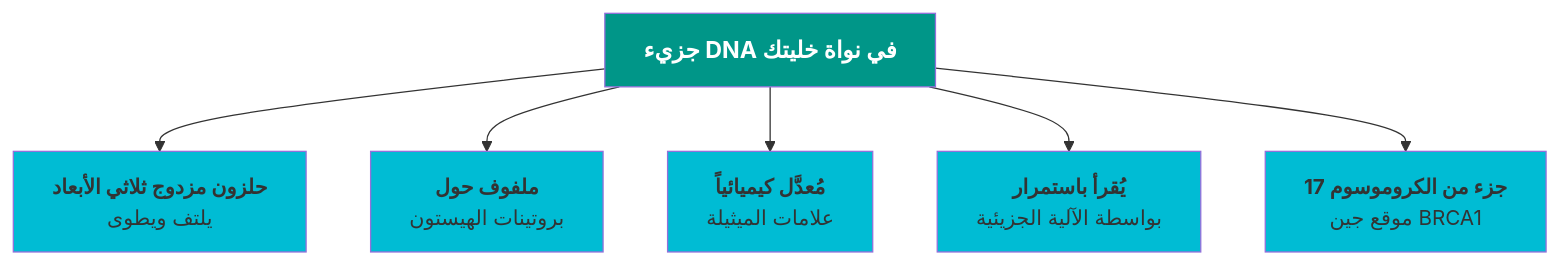
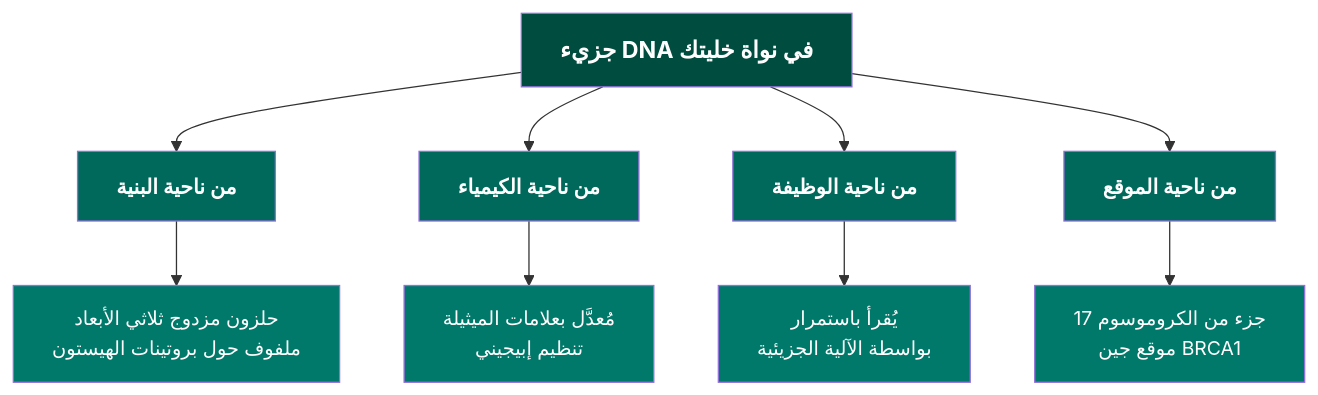
One commit to alarawms/site changed the first of 3 diagrams in docs/courses/foundation-of-bioinformatics/module-1.md. Above: the diagram before and after it, drawn with Mermaid. The commit also changed other lines of this file, not shown here.

Commit message:
Module 1: Redesign physical reality diagram and use dark colors
- Reorganized DNA characteristics into logical categories (Structure, Chemistry, Function, Location)
- Created three-tier hierarchy for better clarity
- Applied dark color scheme to all three diagrams for consistency
- Improved visual hierarchy and readability

````diff
--- a/docs/courses/foundation-of-bioinformatics/module-1.md
+++ b/docs/courses/foundation-of-bioinformatics/module-1.md
@@ -41,17 +41,24 @@
     ```mermaid
     graph TB
         DNA["<b>جزيء DNA في نواة خليتك</b>"]
 
-        DNA --> A["<b>حلزون مزدوج ثلاثي الأبعاد</b><br/>يلتف ويطوى"]
-        DNA --> B["<b>ملفوف حول</b><br/>بروتينات الهيستون"]
-        DNA --> C["<b>مُعدَّل كيميائياً</b><br/>علامات الميثيلة"]
-        DNA --> D["<b>يُقرأ باستمرار</b><br/>بواسطة الآلية الجزيئية"]
-        DNA --> E["<b>جزء من الكروموسوم 17</b><br/>موقع جين BRCA1"]
+        DNA --> View1["<b>من ناحية البنية</b>"]
+        DNA --> View2["<b>من ناحية الكيمياء</b>"]
+        DNA --> View3["<b>من ناحية الوظيفة</b>"]
+        DNA --> View4["<b>من ناحية الموقع</b>"]
 
-        style DNA fill:#009688,color:#fff,font-size:18px
-        style A fill:#00BCD4,font-size:16px
-        style B fill:#00BCD4,font-size:16px
-        style C fill:#00BCD4,font-size:16px
-        style D fill:#00BCD4,font-size:16px
-        style E fill:#00BCD4,font-size:16px
+        View1 --> A["حلزون مزدوج ثلاثي الأبعاد<br/>ملفوف حول بروتينات الهيستون"]
+        View2 --> B["مُعدَّل بعلامات الميثيلة<br/>تنظيم إبيجيني"]
+        View3 --> C["يُقرأ باستمرار<br/>بواسطة الآلية الجزيئية"]
+        View4 --> D["جزء من الكروموسوم 17<br/>موقع جين BRCA1"]
+
+        style DNA fill:#004D40,color:#fff,font-size:18px
+        style View1 fill:#00695C,color:#fff,font-size:16px
+        style View2 fill:#00695C,color:#fff,font-size:16px
+        style View3 fill:#00695C,color:#fff,font-size:16px
+        style View4 fill:#00695C,color:#fff,font-size:16px
+        style A fill:#00796B,color:#fff,font-size:15px
+        style B fill:#00796B,color:#fff,font-size:15px
+        style C fill:#00796B,color:#fff,font-size:15px
+        style D fill:#00796B,color:#fff,font-size:15px
     ```
````
